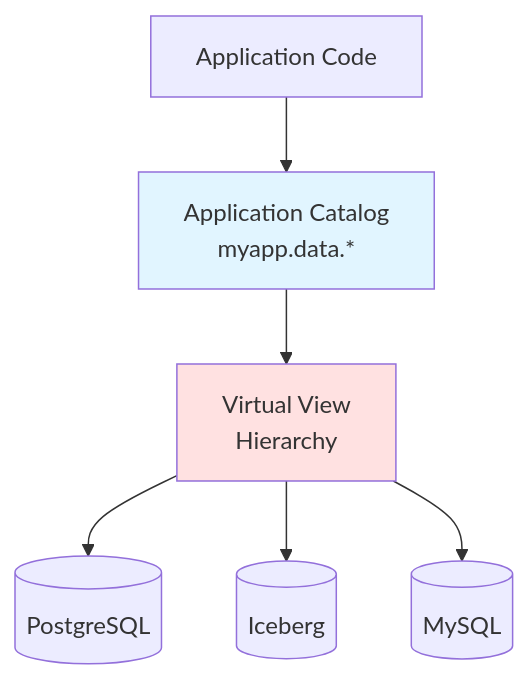
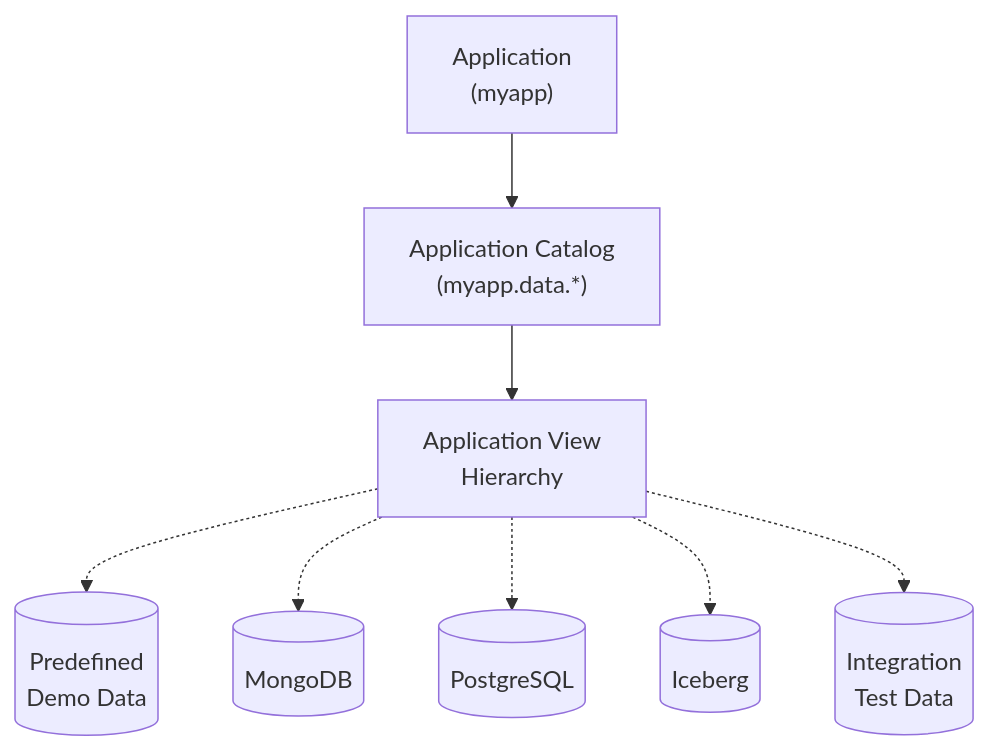
The second of 13 diagrams in README.md (robfromboulder/virtual-view-manifesto), drawn with Mermaid before and after one commit. The commit also changed other lines of this file and 1 other file, not shown here.

````diff
--- a/README.md
+++ b/README.md
@@ -148,11 +134,10 @@
 ```mermaid
 flowchart TD
-    App[Application Code] --> AppCatalog[Application Catalog<br/>myapp.data.*]
-    AppCatalog --> ViewHierarchy[Virtual View<br/>Hierarchy]
-    ViewHierarchy --> PG[(PostgreSQL)]
-    ViewHierarchy --> Ice[(Iceberg)]
-    ViewHierarchy --> MySQL[(MySQL)]
-    
-    style AppCatalog fill:#e1f5ff
-    style ViewHierarchy fill:#ffe1e1
+    App["Application<br/>(myapp)"] --> AppCatalog["Application Catalog<br/>(myapp.data.*)"]
+    AppCatalog --> ViewHierarchy[Application View<br/>Hierarchy]
+    ViewHierarchy -.-> Demo[("Predefined<br/>Demo Data")]
+    ViewHierarchy -.-> MongoDB[(MongoDB)]
+    ViewHierarchy -.-> PG[(PostgreSQL)]
+    ViewHierarchy -.-> Ice[(Iceberg)]
+    ViewHierarchy -.-> Test[("Integration<br/>Test Data")]
 ```
````
